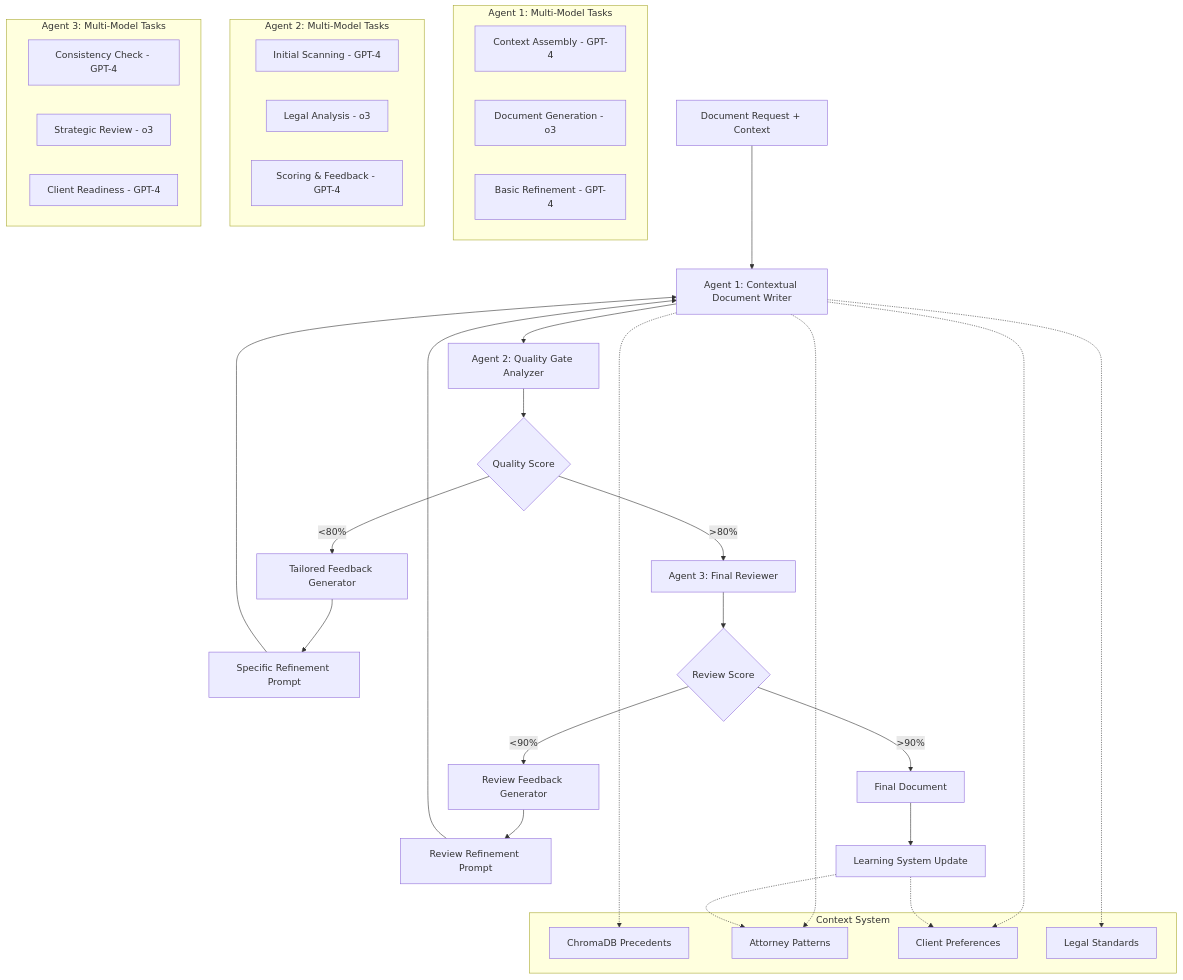
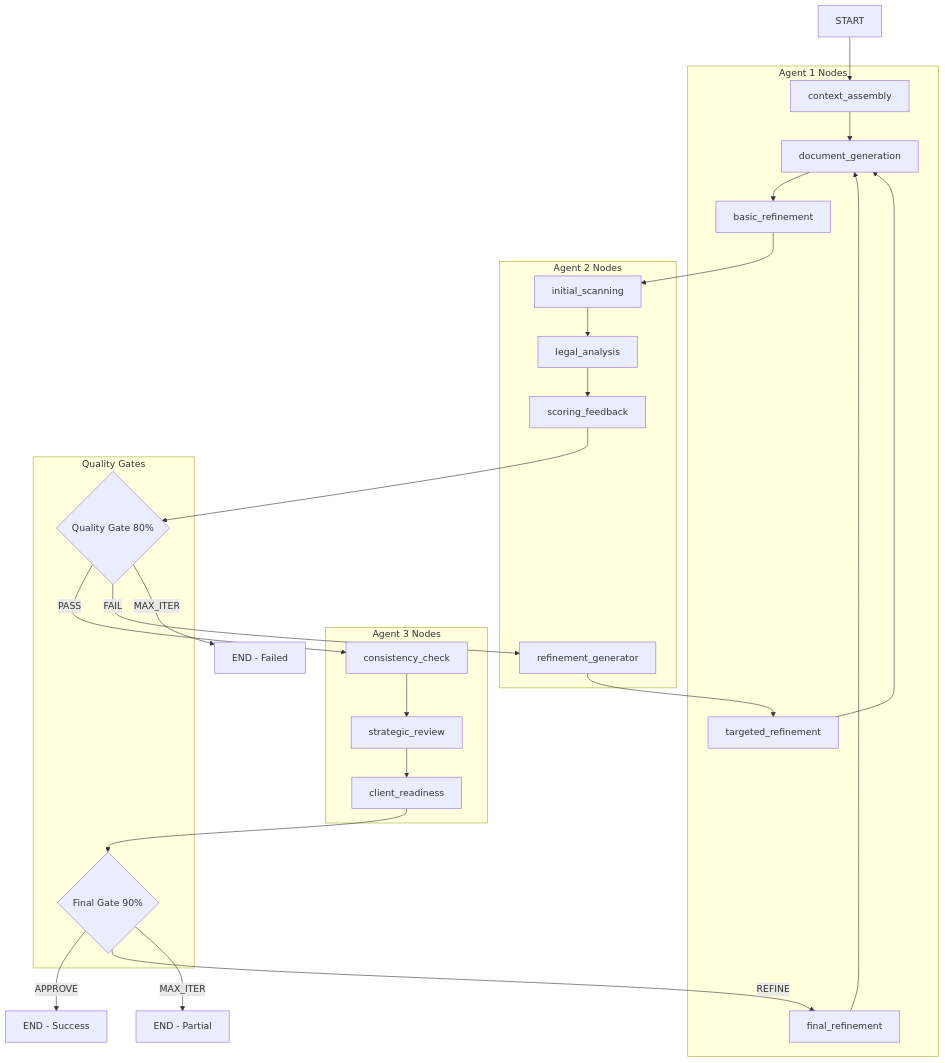
Before and after one commit to ryanmosz/CaseThread: the diagram in docs/planning/enhanced-context-pipeline-plan.md, drawn with Mermaid. The commit also changed other lines of this file and 3 other files, not shown here.

````diff
--- a/docs/planning/enhanced-context-pipeline-plan.md
+++ b/docs/planning/enhanced-context-pipeline-plan.md
@@ -62,48 +74,48 @@
 ```mermaid
 graph TD
-    A[Document Request + Context] --> B[Agent 1: Contextual Document Writer]
-    B --> C[Agent 2: Quality Gate Analyzer]
-    C --> D{Quality Score}
-    D -->|>80%| E[Agent 3: Final Reviewer]
-    D -->|<80%| F[Tailored Feedback Generator]
-    F --> G[Specific Refinement Prompt]
-    G --> B
-    E --> H{Review Score}
-    H -->|>90%| I[Final Document]
-    H -->|<90%| J[Review Feedback Generator]
-    J --> K[Review Refinement Prompt]
-    K --> B
-    I --> L[Learning System Update]
+    A[START] --> B[context_assembly]
+    B --> C[document_generation]
+    C --> D[basic_refinement]
+    D --> E[initial_scanning]
+    E --> F[legal_analysis]
+    F --> G[scoring_feedback]
+    G --> H{Quality Gate 80%}
+    H -->|PASS| I[consistency_check]
+    H -->|FAIL| J[refinement_generator]
+    H -->|MAX_ITER| K[END - Failed]
+    J --> L[targeted_refinement]
+    L --> C
+    I --> M[strategic_review]
+    M --> N[client_readiness]
+    N --> O{Final Gate 90%}
+    O -->|APPROVE| P[END - Success]
+    O -->|REFINE| Q[final_refinement]
+    O -->|MAX_ITER| R[END - Partial]
+    Q --> C
     
-    subgraph "Agent 1: Multi-Model Tasks"
-        B1[Context Assembly - GPT-4]
-        B2[Document Generation - o3]
-        B3[Basic Refinement - GPT-4]
+    subgraph "Agent 1 Nodes"
+        B
+        C
+        D
+        L
+        Q
     end
     
-    subgraph "Agent 2: Multi-Model Tasks"
-        C1[Initial Scanning - GPT-4]
-        C2[Legal Analysis - o3]
-        C3[Scoring & Feedback - GPT-4]
+    subgraph "Agent 2 Nodes"
+        E
+        F
+        G
+        J
     end
     
-    subgraph "Agent 3: Multi-Model Tasks"
-        E1[Consistency Check - GPT-4]
-        E2[Strategic Review - o3]
-        E3[Client Readiness - GPT-4]
+    subgraph "Agent 3 Nodes"
+        I
+        M
+        N
     end
     
-    subgraph "Context System"
-        M[ChromaDB Precedents]
-        N[Attorney Patterns]
-        O[Client Preferences]
-        P[Legal Standards]
+    subgraph "Quality Gates"
+        H
+        O
     end
-    
-    B -.-> M
-    B -.-> N
-    B -.-> O
-    B -.-> P
-    L -.-> N
-    L -.-> O
 ```
````
